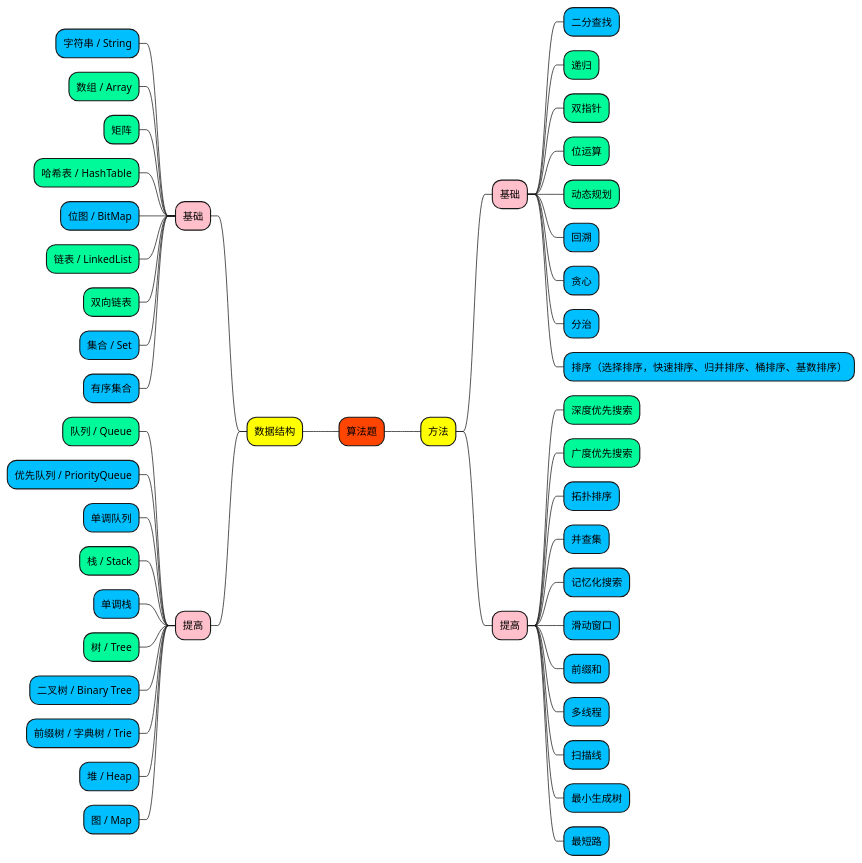
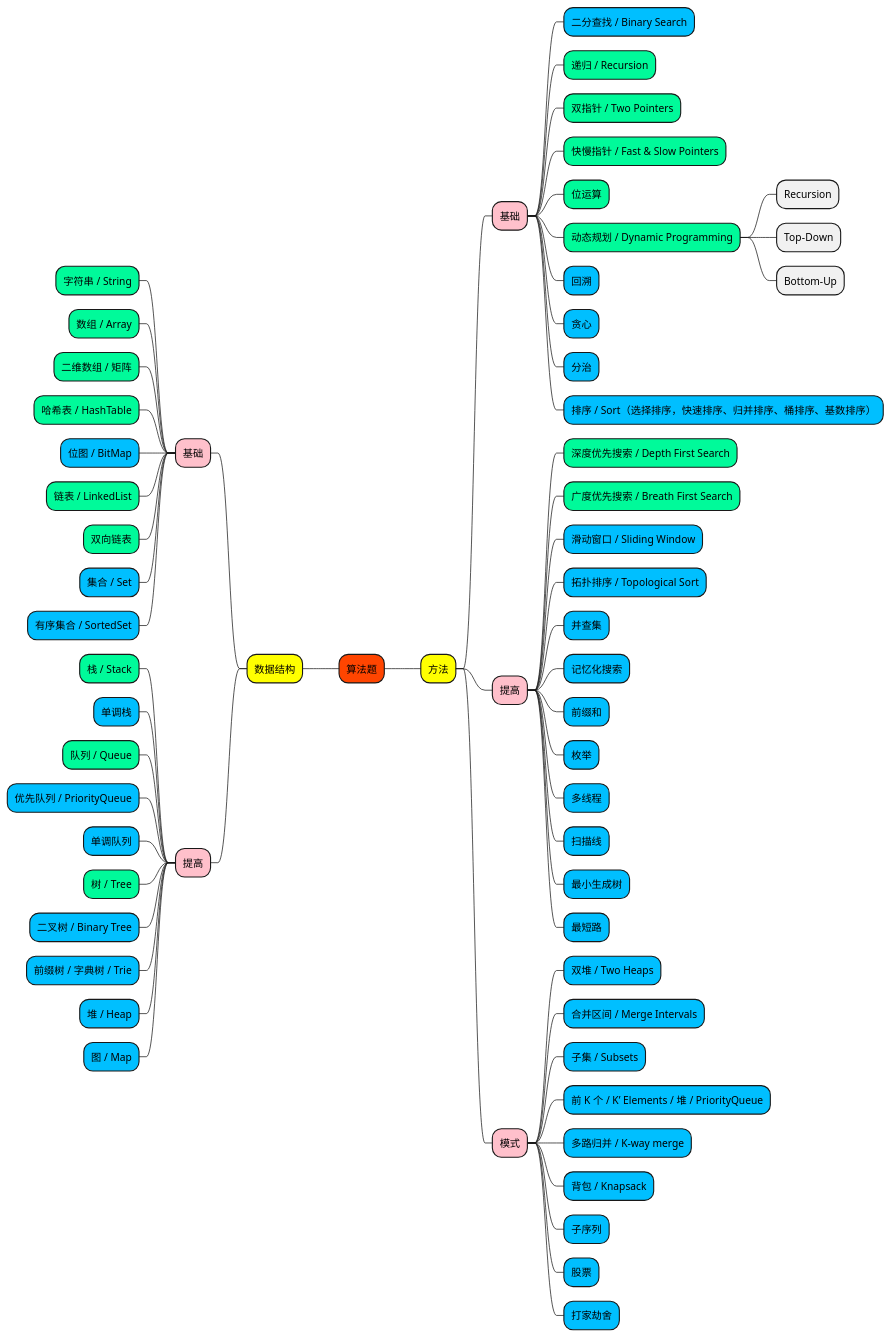
Before and after one commit to doveg/self-cultivation-of-a-software-engineer: the diagram in 2_note/algorithm/algorithm-problem/AlgorithmProblem.puml, drawn with PlantUML. The commit also changed 4 other files, not shown here.

```diff
--- a/2_note/algorithm/algorithm-problem/AlgorithmProblem.puml
+++ b/2_note/algorithm/algorithm-problem/AlgorithmProblem.puml
@@ -1,63 +1,89 @@
 @startmindmap
 
 +[#OrangeRed] 算法题
 
 --[#yellow] 数据结构
 
 ---[#Pink] 基础
 
-----[#DeepSkyBlue] 字符串 / String
+----[#MediumSpringGreen] 字符串 / String
 ----[#MediumSpringGreen] 数组 / Array
-----[#MediumSpringGreen] 矩阵
+----[#MediumSpringGreen] 二维数组 / 矩阵
 ----[#MediumSpringGreen] 哈希表 / HashTable
 ----[#DeepSkyBlue] 位图 / BitMap
 ----[#MediumSpringGreen] 链表 / LinkedList
 ----[#MediumSpringGreen] 双向链表
 ----[#DeepSkyBlue] 集合 / Set
-----[#DeepSkyBlue] 有序集合
+----[#DeepSkyBlue] 有序集合 / SortedSet
 
 ---[#Pink] 提高
 
+----[#MediumSpringGreen] 栈 / Stack
+----[#DeepSkyBlue] 单调栈
 ----[#MediumSpringGreen] 队列 / Queue
 ----[#DeepSkyBlue] 优先队列 / PriorityQueue
 ----[#DeepSkyBlue] 单调队列
-----[#MediumSpringGreen] 栈 / Stack
-----[#DeepSkyBlue] 单调栈
 ----[#MediumSpringGreen] 树 / Tree
 ----[#DeepSkyBlue] 二叉树 / Binary Tree
 ----[#DeepSkyBlue] 前缀树 / 字典树 / Trie
 ----[#DeepSkyBlue] 堆 / Heap
 ----[#DeepSkyBlue] 图 / Map
 
 
 
 ++[#yellow] 方法
 
 +++[#Pink] 基础
 
-++++[#DeepSkyBlue] 二分查找
-++++[#MediumSpringGreen] 递归
-++++[#MediumSpringGreen] 双指针
+++++[#DeepSkyBlue] 二分查找 / Binary Search
+++++[#MediumSpringGreen] 递归 / Recursion
+++++[#MediumSpringGreen] 双指针 / Two Pointers
+++++[#MediumSpringGreen] 快慢指针 / Fast & Slow Pointers
 ++++[#MediumSpringGreen] 位运算
-++++[#MediumSpringGreen] 动态规划
+++++[#MediumSpringGreen] 动态规划 / Dynamic Programming
++++++ Recursion
++++++ Top-Down
++++++ Bottom-Up
 ++++[#DeepSkyBlue] 回溯
 ++++[#DeepSkyBlue] 贪心
 ++++[#DeepSkyBlue] 分治
-++++[#DeepSkyBlue] 排序（选择排序，快速排序、归并排序、桶排序、基数排序）
+++++[#DeepSkyBlue] 排序 / Sort（选择排序，快速排序、归并排序、桶排序、基数排序）
 
 +++[#Pink] 提高
 
-++++[#MediumSpringGreen] 深度优先搜索
-++++[#MediumSpringGreen] 广度优先搜索
-++++[#DeepSkyBlue] 拓扑排序
+++++[#MediumSpringGreen] 深度优先搜索 / Depth First Search
+++++[#MediumSpringGreen] 广度优先搜索 / Breath First Search
+++++[#DeepSkyBlue] 滑动窗口 / Sliding Window
+++++[#DeepSkyBlue] 拓扑排序 / Topological Sort
 ++++[#DeepSkyBlue] 并查集
 ++++[#DeepSkyBlue] 记忆化搜索
-++++[#DeepSkyBlue] 滑动窗口
 ++++[#DeepSkyBlue] 前缀和
+++++[#DeepSkyBlue] 枚举
 ++++[#DeepSkyBlue] 多线程
 ++++[#DeepSkyBlue] 扫描线
 ++++[#DeepSkyBlue] 最小生成树
 ++++[#DeepSkyBlue] 最短路
 
 
++++[#Pink] 模式
+
+++++[#DeepSkyBlue] 双堆 / Two Heaps
+++++[#DeepSkyBlue] 合并区间 / Merge Intervals
+++++[#DeepSkyBlue] 子集 / Subsets
+++++[#DeepSkyBlue] 前 K 个 / K’ Elements / 堆 / PriorityQueue
+++++[#DeepSkyBlue] 多路归并 / K-way merge
+++++[#DeepSkyBlue] 背包 / Knapsack
+++++[#DeepSkyBlue] 子序列
+++++[#DeepSkyBlue] 股票
+++++[#DeepSkyBlue] 打家劫舍
+
+
+
+
+'参考链接：
+'1. 大家都是如何刷 LeetCode 的？https://www.zhihu.com/question/280279208/answer/879710574
+
+
+
+
 @endmindmap
```
